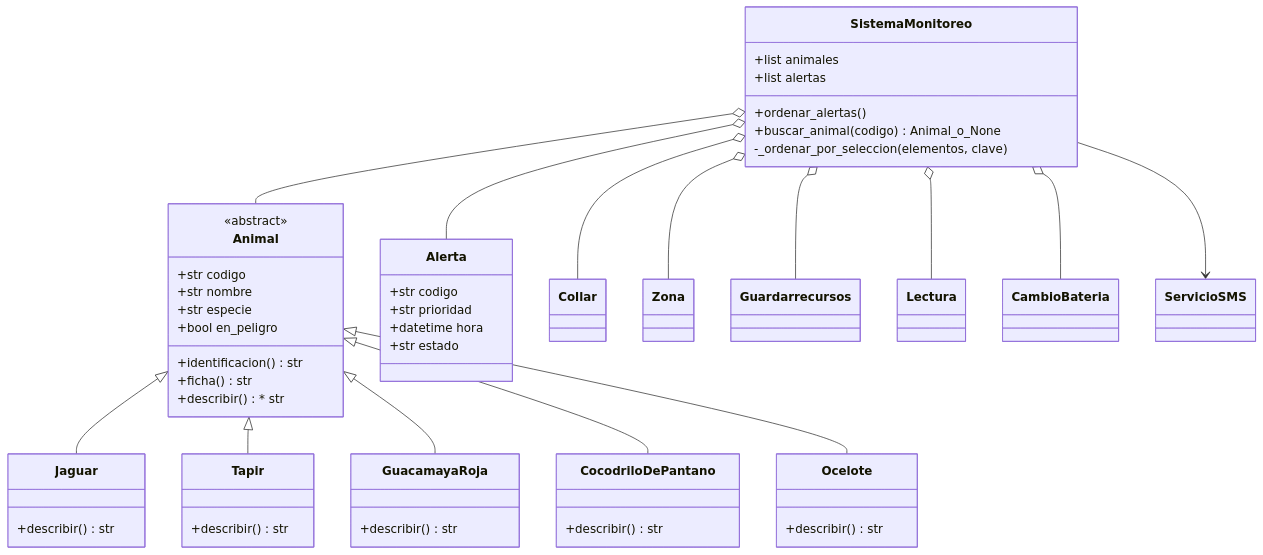
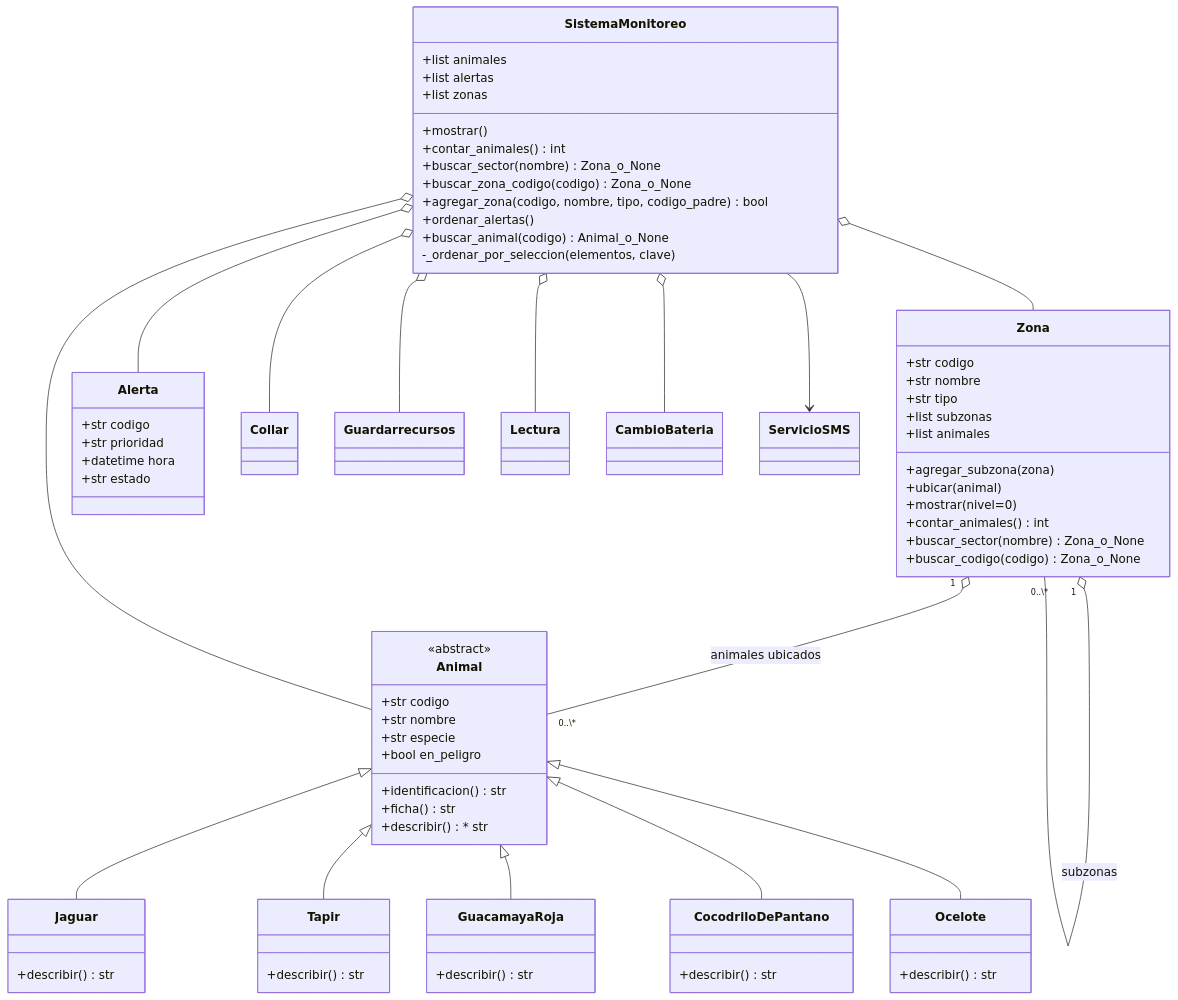
Before and after one commit to nando98fr-creator/guardianes-del-peten: the diagram in README.md, drawn with Mermaid. The commit also changed other lines of this file and 6 other files, not shown here.

````diff
--- a/README.md
+++ b/README.md
@@ -27,54 +59,75 @@
 ```mermaid
 classDiagram
     class SistemaMonitoreo {
         +list animales
         +list alertas
+        +list zonas
+        +mostrar()
+        +contar\_animales() int
+        +buscar\_sector(nombre) Zona\_o\_None
+        +buscar\_zona\_codigo(codigo) Zona\_o\_None
+        +agregar\_zona(codigo, nombre, tipo, codigo\_padre) bool
         +ordenar\_alertas()
         +buscar\_animal(codigo) Animal\_o\_None
         -\_ordenar\_por\_seleccion(elementos, clave)
     }
+    class Zona {
+        +str codigo
+        +str nombre
+        +str tipo
+        +list subzonas
+        +list animales
+        +agregar\_subzona(zona)
+        +ubicar(animal)
+        +mostrar(nivel=0)
+        +contar\_animales() int
+        +buscar\_sector(nombre) Zona\_o\_None
+        +buscar\_codigo(codigo) Zona\_o\_None
+    }
+    Zona "1" o-- "0..\*" Zona : subzonas
+    Zona "1" o-- "0..\*" Animal : animales ubicados
     class Animal {
         +str codigo
         +str nombre
         +str especie
         +bool en\_peligro
         +identificacion() str
         +ficha() str
         +describir()\* str
     }
     <<abstract>> Animal
     class Jaguar {
         +describir() str
     }
     class Tapir {
         +describir() str
     }
     class GuacamayaRoja {
         +describir() str
     }
     class CocodriloDePantano {
         +describir() str
     }
     class Ocelote {
         +describir() str
     }
     Animal <|-- Jaguar
     Animal <|-- Tapir
     Animal <|-- GuacamayaRoja
     Animal <|-- CocodriloDePantano
     Animal <|-- Ocelote
     class Alerta {
         +str codigo
         +str prioridad
         +datetime hora
         +str estado
     }
     SistemaMonitoreo o-- Animal
     SistemaMonitoreo o-- Alerta
     SistemaMonitoreo o-- Collar
     SistemaMonitoreo o-- Zona
     SistemaMonitoreo o-- Guardarrecursos
     SistemaMonitoreo o-- Lectura
     SistemaMonitoreo o-- CambioBateria
     SistemaMonitoreo --> ServicioSMS
 ```
````
